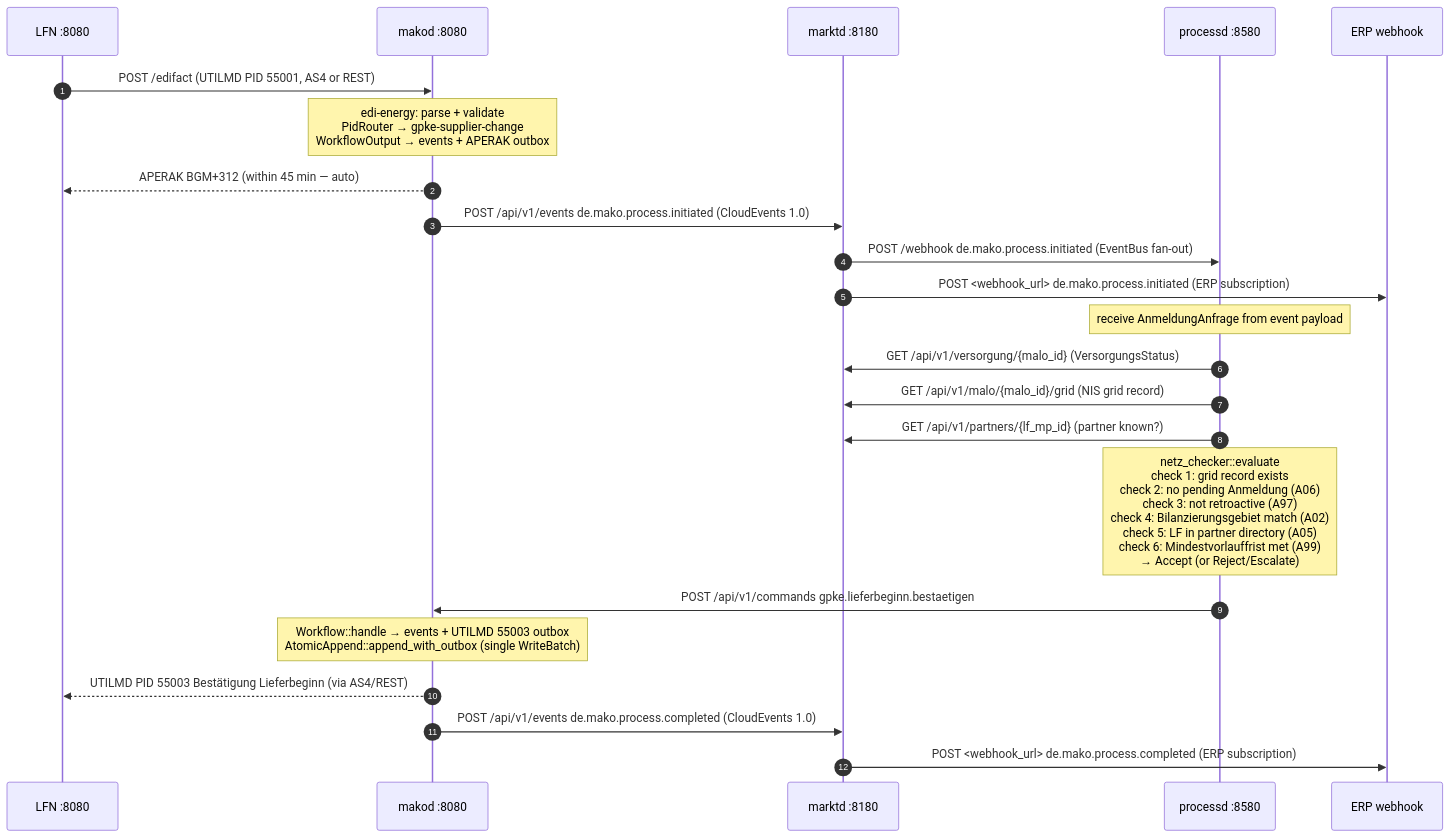
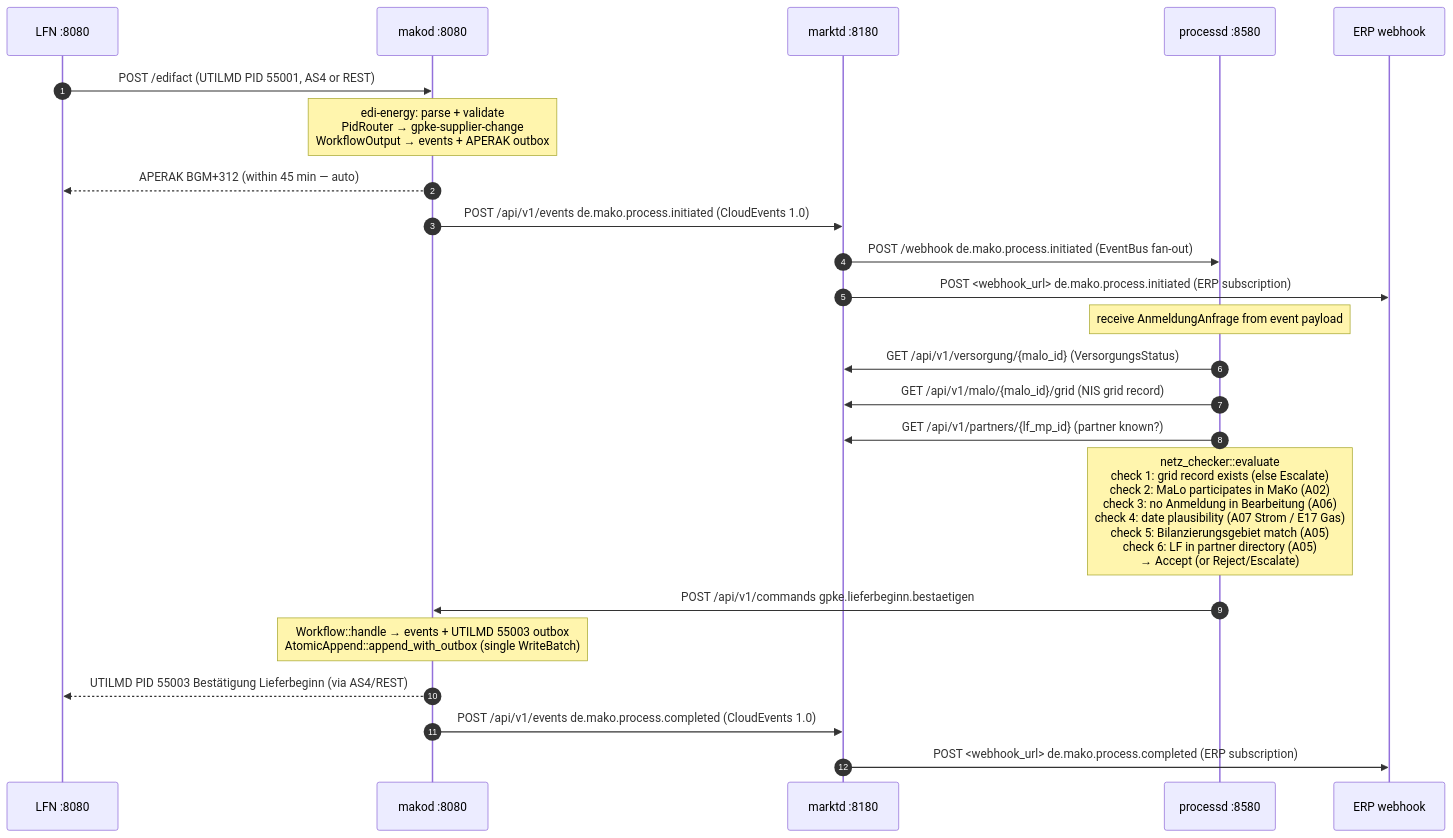
Before and after one commit to hupe1980/mako: the fourth of 4 diagrams in docs/architecture.md, drawn with Mermaid. The commit also changed other lines of this file and 391 other files, not shown here.

````diff
--- a/docs/architecture.md
+++ b/docs/architecture.md
@@ -632,27 +633,27 @@
 ```mermaid
 sequenceDiagram
     autonumber
     participant LF as LFN :8080
     participant makod as makod :8080
     participant marktd as marktd :8180
     participant processd as processd :8580
     participant erp as ERP webhook
 
     LF->>makod: POST /edifact  (UTILMD PID 55001, AS4 or REST)
     Note over makod: edi-energy: parse + validate<br/>PidRouter → gpke-supplier-change<br/>WorkflowOutput → events + APERAK outbox
     makod-->>LF: APERAK BGM+312 (within 45 min — auto)
     makod->>marktd: POST /api/v1/events  de.mako.process.initiated  (CloudEvents 1.0)
     marktd->>processd: POST /webhook  de.mako.process.initiated  (EventBus fan-out)
     marktd->>erp: POST <webhook_url>  de.mako.process.initiated  (ERP subscription)
 
     Note over processd: receive AnmeldungAnfrage from event payload
     processd->>marktd: GET /api/v1/versorgung/{malo_id}  (VersorgungsStatus)
     processd->>marktd: GET /api/v1/malo/{malo_id}/grid  (NIS grid record)
     processd->>marktd: GET /api/v1/partners/{lf_mp_id}  (partner known?)
-    Note over processd: netz_checker::evaluate<br/>check 1: grid record exists<br/>check 2: no pending Anmeldung (A06)<br/>check 3: not retroactive (A97)<br/>check 4: Bilanzierungsgebiet match (A02)<br/>check 5: LF in partner directory (A05)<br/>check 6: Mindestvorlauffrist met (A99)<br/>→ Accept (or Reject/Escalate)
+    Note over processd: netz_checker::evaluate<br/>check 1: grid record exists (else Escalate)<br/>check 2: MaLo participates in MaKo (A02)<br/>check 3: no Anmeldung in Bearbeitung (A06)<br/>check 4: date plausibility (A07 Strom / E17 Gas)<br/>check 5: Bilanzierungsgebiet match (A05)<br/>check 6: LF in partner directory (A05)<br/>→ Accept (or Reject/Escalate)
     processd->>makod: POST /api/v1/commands  gpke.lieferbeginn.bestaetigen
     Note over makod: Workflow::handle → events + UTILMD 55003 outbox<br/>AtomicAppend::append_with_outbox (single WriteBatch)
     makod-->>LF: UTILMD PID 55003 Bestätigung Lieferbeginn (via AS4/REST)
     makod->>marktd: POST /api/v1/events  de.mako.process.completed  (CloudEvents 1.0)
     marktd->>erp: POST <webhook_url>  de.mako.process.completed  (ERP subscription)
 ```
````
